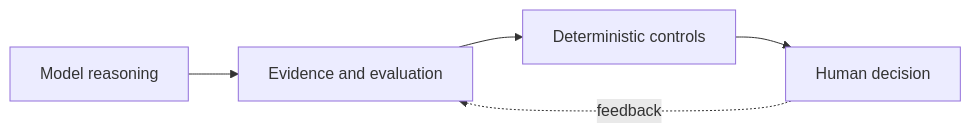
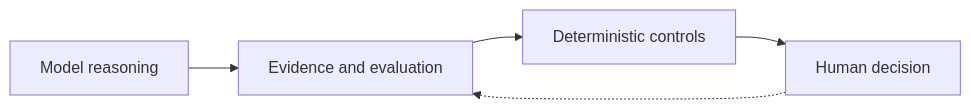
The diagram in profile/README.md (zenouz-ai/.github), drawn with Mermaid before and after one commit.

Commit message:
fix: use compatible portfolio diagram syntax

````diff
--- a/profile/README.md
+++ b/profile/README.md
@@ -34,7 +34,7 @@
 ```mermaid
 flowchart LR
-    A["Model reasoning"] --> B["Evidence and evaluation"]
-    B --> C["Deterministic controls"]
-    C --> D["Human decision"]
-    D -. "feedback" .-> B
+    A[Model reasoning] --> B[Evidence and evaluation]
+    B --> C[Deterministic controls]
+    C --> D[Human decision]
+    D -.-> B
 ```
````
